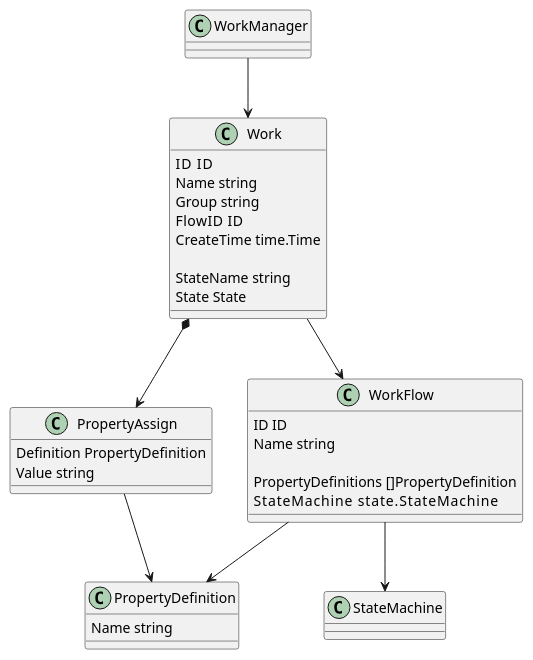
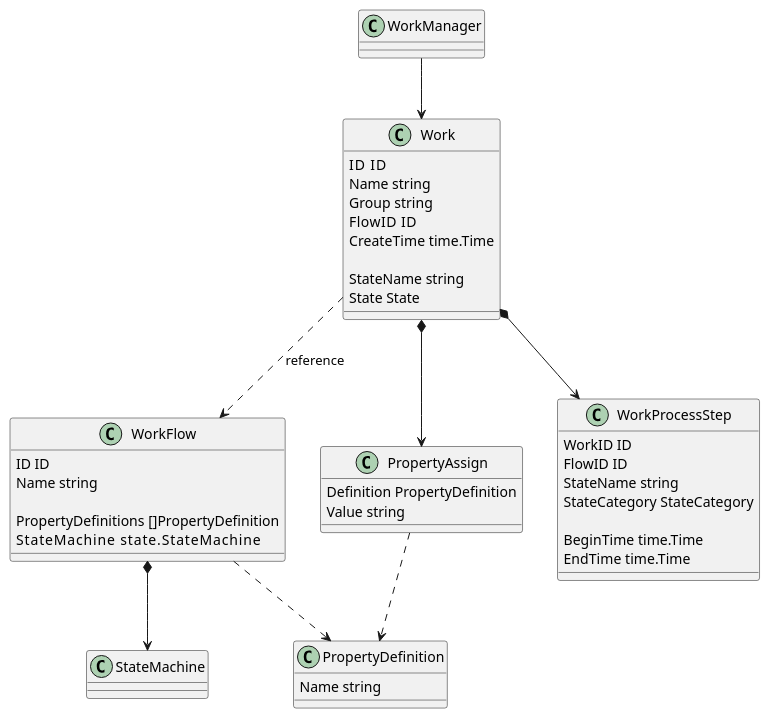
The diagram in doc/WorkAndFlow.puml (fundwit/flywheel), drawn with PlantUML before and after one commit. The commit also changed 6 other files, not shown here.

```diff
--- a/doc/WorkAndFlow.puml
+++ b/doc/WorkAndFlow.puml
@@ -1,40 +1,51 @@
 @startuml
 class Work {
     ID  ID
     Name string
     Group string
     FlowID  ID
     CreateTime time.Time
 
     StateName string
     State State
 }
 
-Work --> WorkFlow
+Work ..> WorkFlow :reference
 Work *--> PropertyAssign
-PropertyAssign --> PropertyDefinition
-WorkFlow --> PropertyDefinition
-WorkFlow --> StateMachine
+PropertyAssign ..> PropertyDefinition
+WorkFlow ..> PropertyDefinition
+WorkFlow *--> StateMachine
+Work *--> WorkProcessStep
+
+class WorkProcessStep {
+    WorkID ID
+    FlowID ID
+    StateName string
+    StateCategory StateCategory
+
+    BeginTime time.Time
+    EndTime time.Time
+}
 
 class WorkFlow {
     ID ID
     Name string
 
     PropertyDefinitions []PropertyDefinition
     StateMachine        state.StateMachine
 }
 
 class PropertyDefinition {
     Name string
 }
 
 class PropertyAssign {
     Definition PropertyDefinition
     Value string
 }
 
 class WorkManager {
 }
 
 WorkManager --> Work
 @enduml
```
